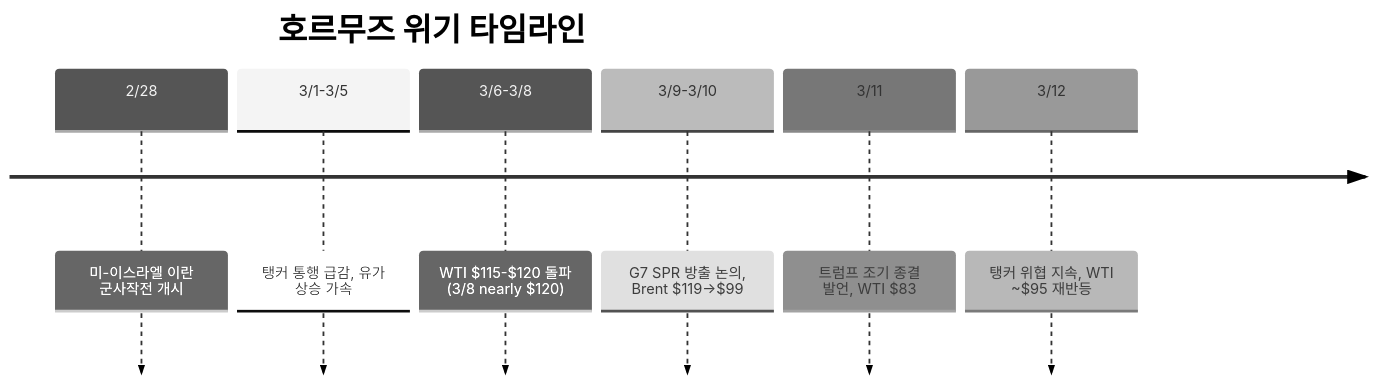
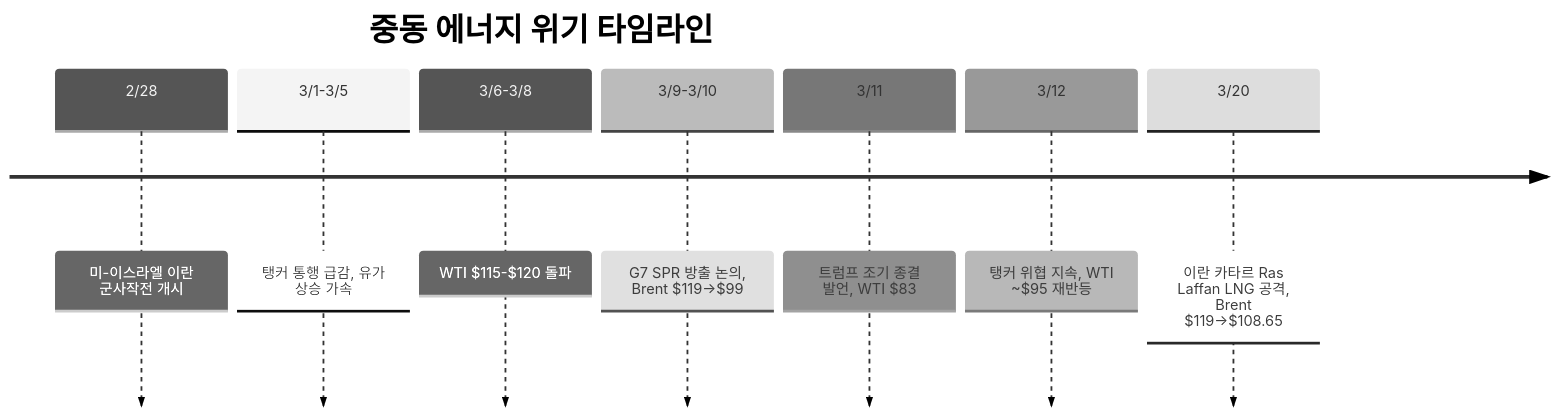
Before and after one commit to dss99911/dss99911.github.io: the second of 11 diagrams in _posts/knowledge/invest/2026-03-07-energy-sector-outlook-2026.md, drawn with Mermaid (neutral theme). The commit also changed other lines of this file and 2 other files, not shown here.

First line of the commit message:
Daily investment report update 2026-03-20: Iran Qatar LNG attack, CHBM, Groq3

````diff
--- a/_posts/knowledge/invest/2026-03-07-energy-sector-outlook-2026.md
+++ b/_posts/knowledge/invest/2026-03-07-energy-sector-outlook-2026.md
@@ -86,10 +103,11 @@
 ```mermaid
 timeline
-    title 호르무즈 위기 타임라인
+    title 중동 에너지 위기 타임라인
     2/28 : 미-이스라엘 이란 군사작전 개시
     3/1-3/5 : 탱커 통행 급감, 유가 상승 가속
-    3/6-3/8 : WTI $115-$120 돌파 (3/8 nearly $120)
+    3/6-3/8 : WTI $115-$120 돌파
     3/9-3/10 : G7 SPR 방출 논의, Brent $119→$99
     3/11 : 트럼프 조기 종결 발언, WTI $83
     3/12 : 탱커 위협 지속, WTI ~$95 재반등
+    3/20 : 이란 카타르 Ras Laffan LNG 공격, Brent $119→$108.65
 ```
````
